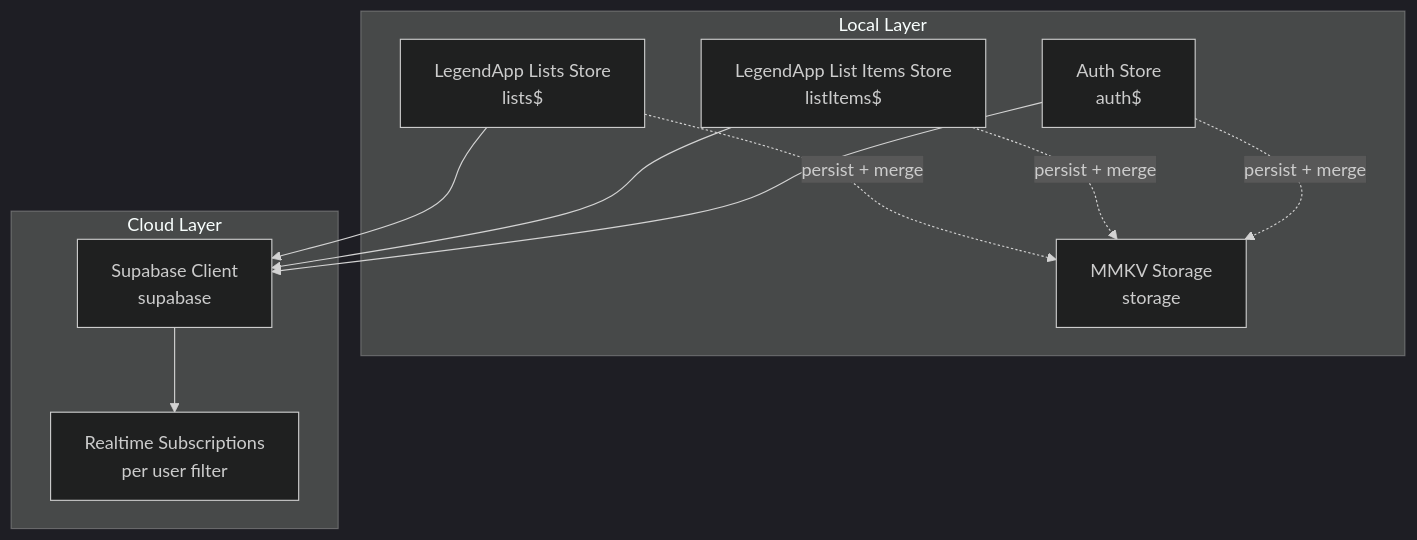
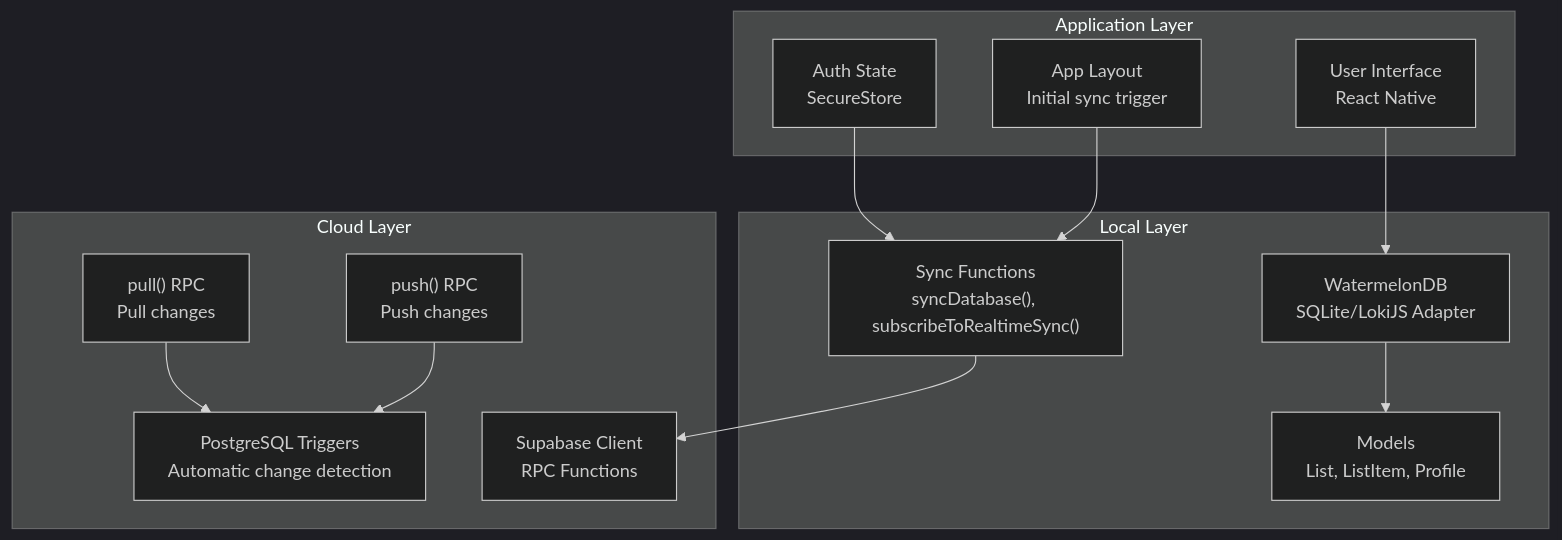
Before and after one commit to karllasouzza/PowerLists: the first of 6 diagrams in .qoder/repowiki/en/content/Services and Utilities/Data Synchronization.md, drawn with Mermaid (dark theme). The commit also changed other lines of this file and 5 other files, not shown here.

First line of the commit message:
docs(database): add comprehensive WatermelonDB integration and migrate state management

````diff
--- a/.qoder/repowiki/en/content/Services and Utilities/Data Synchronization.md
+++ b/.qoder/repowiki/en/content/Services and Utilities/Data Synchronization.md
@@ -40,20 +49,26 @@
 ```mermaid
 graph TB
 subgraph "Local Layer"
-LS["LegendApp Lists Store<br/>lists$"]
-LI["LegendApp List Items Store<br/>listItems$"]
-AUTH["Auth Store<br/>auth$"]
-MMKV["MMKV Storage<br/>storage"]
+DB["WatermelonDB<br/>SQLite/LokiJS Adapter"]
+MODEL["Models<br/>List, ListItem, Profile"]
+SYNC["Sync Functions<br/>syncDatabase(), subscribeToRealtimeSync()"]
 end
 subgraph "Cloud Layer"
-SB["Supabase Client<br/>supabase"]
-RT["Realtime Subscriptions<br/>per user filter"]
+SB["Supabase Client<br/>RPC Functions"]
+PULL["pull() RPC<br/>Pull changes"]
+PUSH["push() RPC<br/>Push changes"]
+TRIGGERS["PostgreSQL Triggers<br/>Automatic change detection"]
 end
-LS --> SB
-LI --> SB
-AUTH --> SB
-SB --> RT
-LS -. "persist + merge" .-> MMKV
-LI -. "persist + merge" .-> MMKV
-AUTH -. "persist + merge" .-> MMKV
+subgraph "Application Layer"
+AUTH["Auth State<br/>SecureStore"]
+LAYOUT["App Layout<br/>Initial sync trigger"]
+ENDUSER["User Interface<br/>React Native"]
+end
+DB --> MODEL
+SYNC --> SB
+PULL --> TRIGGERS
+PUSH --> TRIGGERS
+AUTH --> SYNC
+LAYOUT --> SYNC
+ENDUSER --> DB
 ```
````
